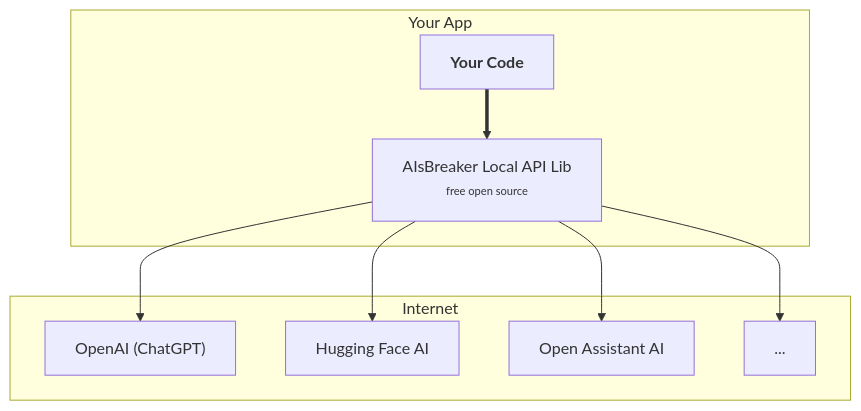
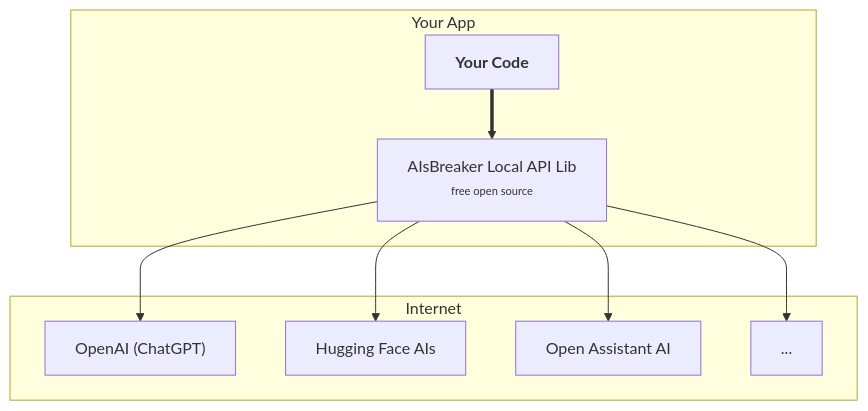
The third of 3 diagrams in site/docs/architecture.md (aisbreaker/aisbreaker.org), drawn with Mermaid before and after one commit. The commit also changed other lines of this file and 7 other files, not shown here.

````diff
--- a/site/docs/architecture.md
+++ b/site/docs/architecture.md
@@ -56,13 +75,13 @@
 ```mermaid
 graph TD
   subgraph client[Your App]
     App[<b>Your Code</b>] ==> Lib["AIsBreaker Local API Lib
                                    <sub><sup>free open source</sup></sub>"]
   end
   subgraph internet["Internet"]
     Lib --> AI1["OpenAI (ChatGPT)"]
-    Lib --> AI2["Hugging Face AI"]
+    Lib --> AI2["Hugging Face AIs"]
     Lib --> AI3["Open Assistant AI"]
     Lib --> AI4["..."]
   end
 ```
````
